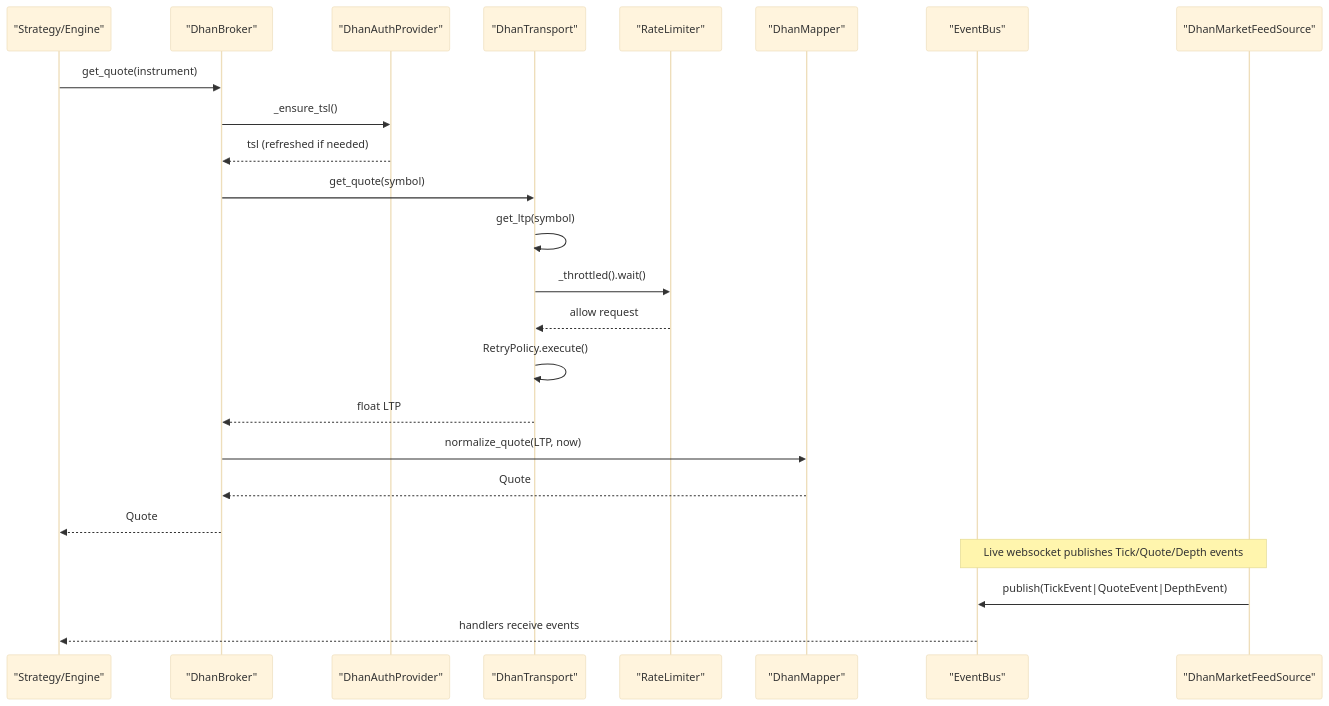
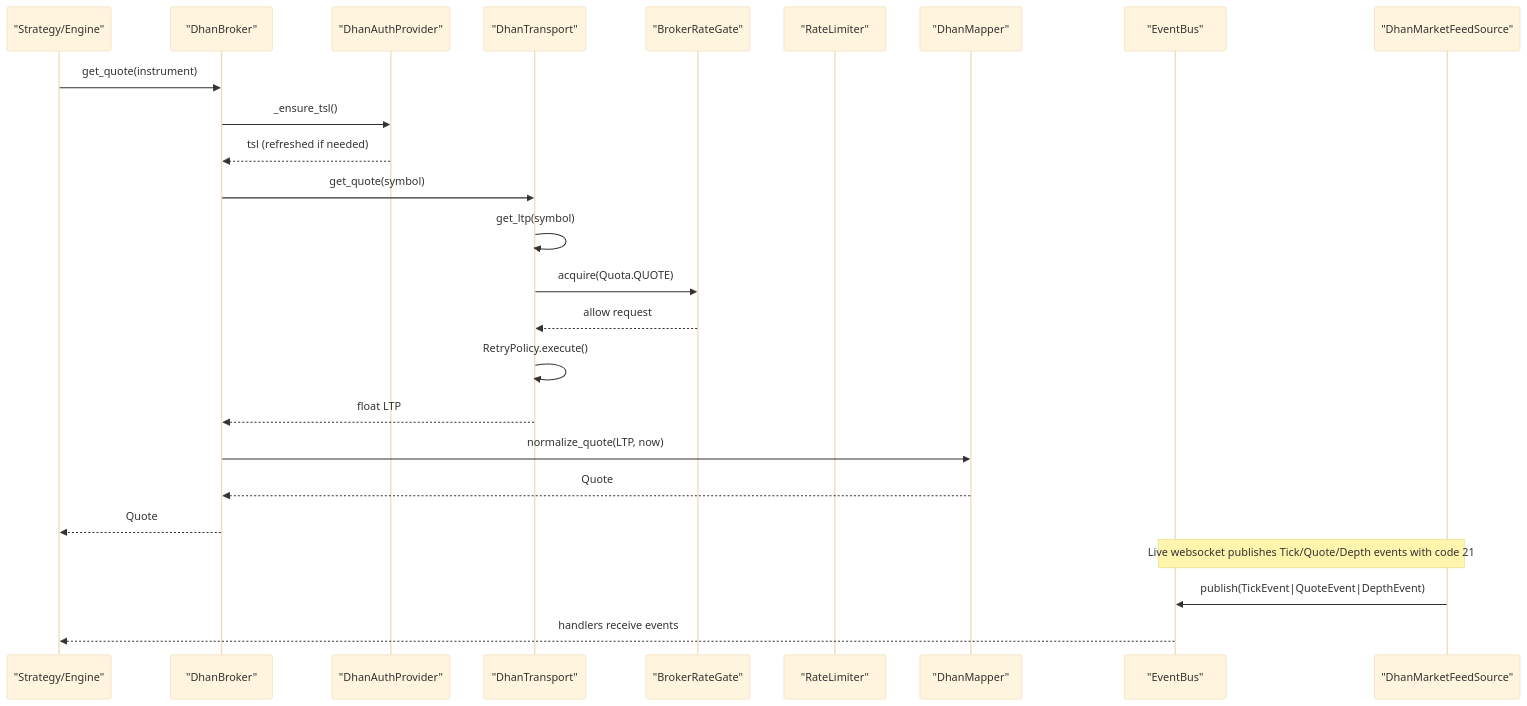
The second of 12 diagrams in .qoder/repowiki/en/content/Broker Integration/Transport Layer & Connectivity.md (Ganesh-Kusundal/nTrade), drawn with Mermaid (base theme) before and after one commit. The commit also changed other lines of this file and 203 other files, not shown here.

First line of the commit message:
review findings sweep: depth retry, LTP failure guard, stale-refresh fix, rate-gate blocked heuristic

````diff
--- a/.qoder/repowiki/en/content/Broker Integration/Transport Layer & Connectivity.md
+++ b/.qoder/repowiki/en/content/Broker Integration/Transport Layer & Connectivity.md
@@ -163,26 +168,27 @@
 ```mermaid
 sequenceDiagram
 participant App as "Strategy/Engine"
 participant Broker as "DhanBroker"
 participant Auth as "DhanAuthProvider"
 participant Trans as "DhanTransport"
+participant Gate as "BrokerRateGate"
 participant Limiter as "RateLimiter"
 participant Map as "DhanMapper"
 participant Bus as "EventBus"
 participant Feed as "DhanMarketFeedSource"
 App->>Broker : get_quote(instrument)
 Broker->>Auth : _ensure_tsl()
 Auth-->>Broker : tsl (refreshed if needed)
 Broker->>Trans : get_quote(symbol)
 Trans->>Trans : get_ltp(symbol)
-Trans->>Limiter : _throttled().wait()
-Limiter-->>Trans : allow request
+Trans->>Gate : acquire(Quota.QUOTE)
+Gate-->>Trans : allow request
 Trans->>Trans : RetryPolicy.execute()
 Trans-->>Broker : float LTP
 Broker->>Map : normalize_quote(LTP, now)
 Map-->>Broker : Quote
 Broker-->>App : Quote
-Note over Feed,Bus : Live websocket publishes Tick/Quote/Depth events
+Note over Feed,Bus : Live websocket publishes Tick/Quote/Depth events with code 21
 Feed->>Bus : publish(TickEvent|QuoteEvent|DepthEvent)
 Bus-->>App : handlers receive events
 ```
````
